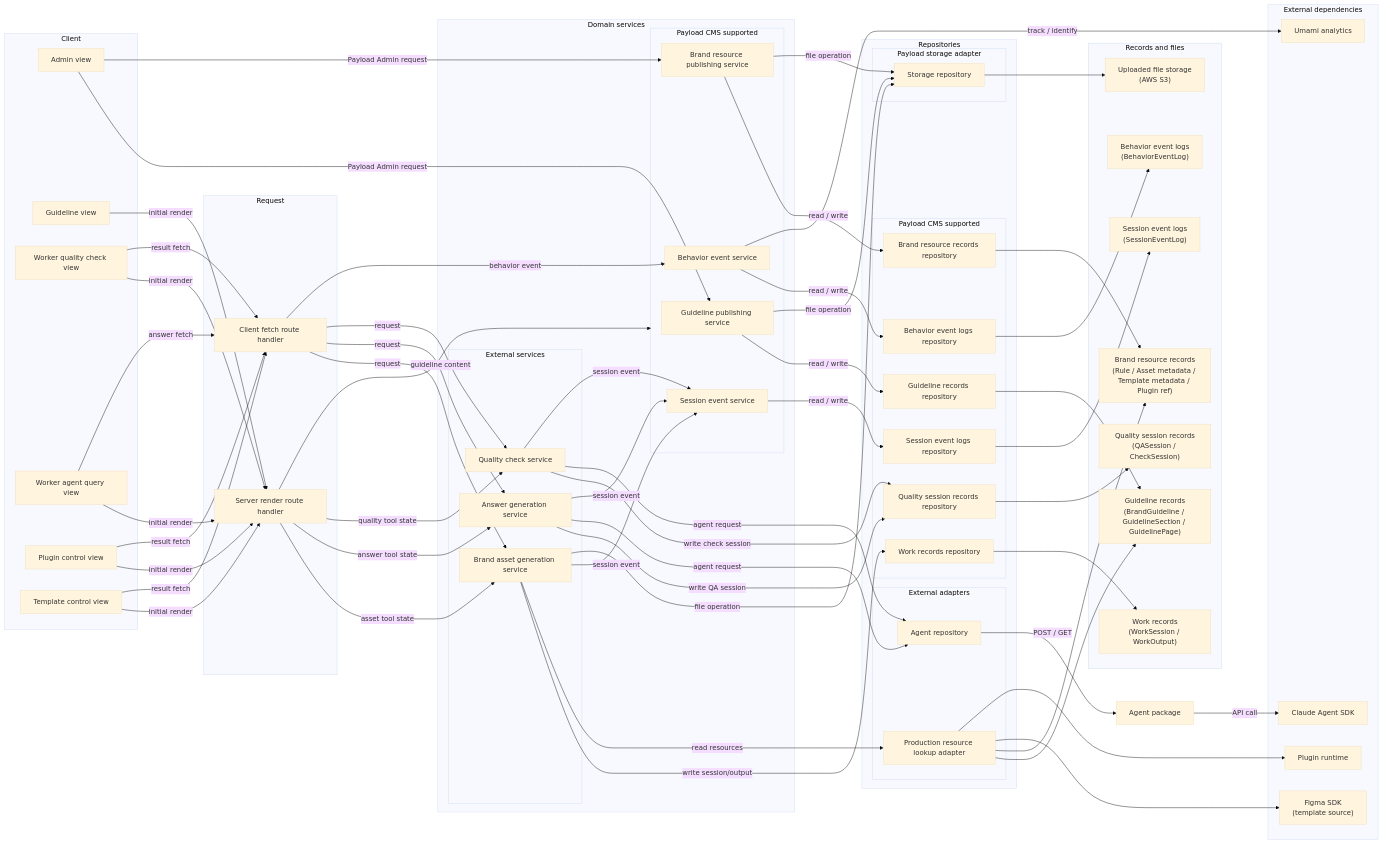
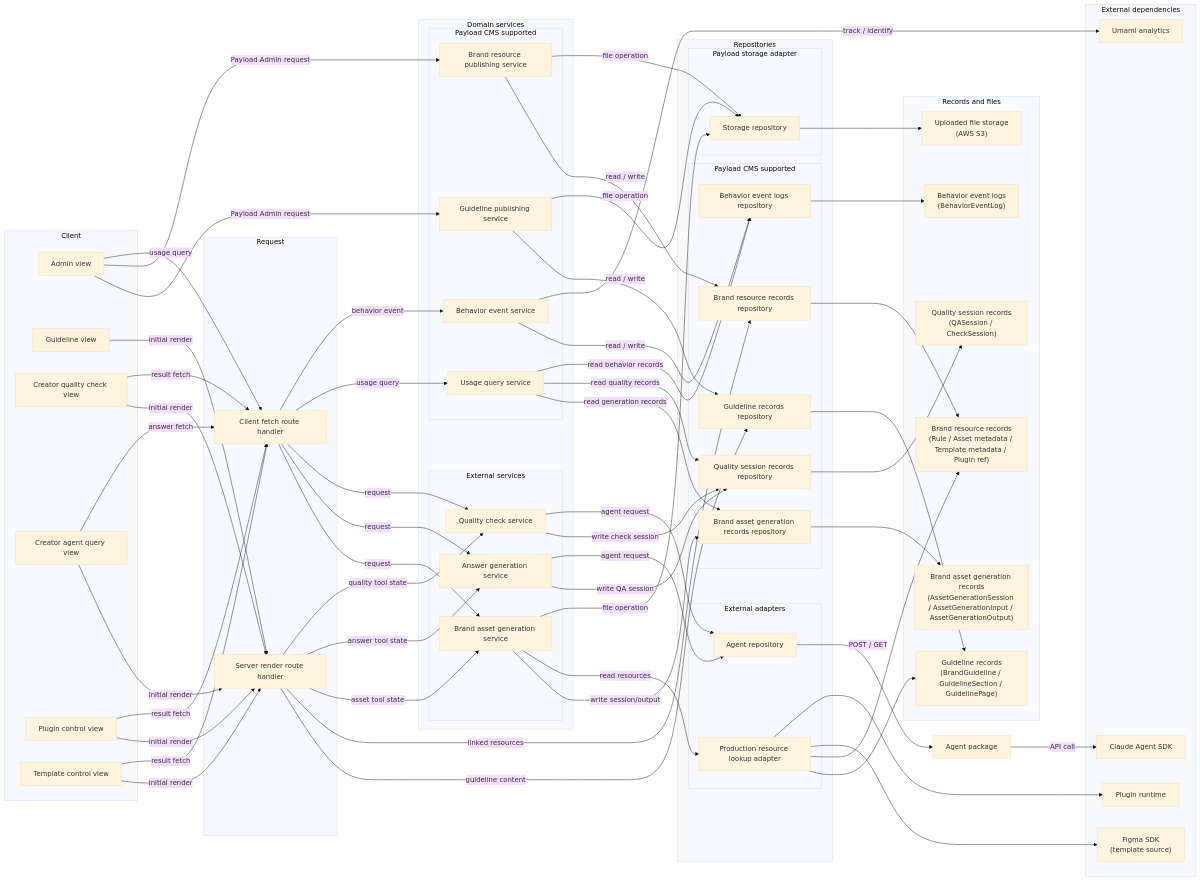
Before and after one commit to ewoooo/living-brand-system: the first of 8 diagrams in docs/05-system-architecture.md, drawn with Mermaid (base theme). The commit also changed other lines of this file and 22 other files, not shown here.

````diff
--- a/docs/05-system-architecture.md
+++ b/docs/05-system-architecture.md
@@ -61,8 +106,8 @@
   subgraph Client["Client"]
     AdminUI["Admin view"]
     GuidelineUI["Guideline view"]
-    QualityCheckUI["Worker quality check view"]
-    AgentQueryUI["Worker agent query view"]
+    QualityCheckUI["Creator quality check view"]
+    AgentQueryUI["Creator agent query view"]
     PluginControlUI["Plugin control view"]
     TemplateControlUI["Template control view"]
   end
@@ -76,7 +121,7 @@
     subgraph PayloadSupported["Payload CMS supported"]
       GuidelinePublishingModule["Guideline publishing service"]
       BrandResourcePublishingModule["Brand resource publishing service"]
-      SessionEventModule["Session event service"]
+      UsageQueryModule["Usage query service"]
       BehaviorEventModule["Behavior event service"]
     end
 
@@ -91,9 +136,8 @@
     subgraph PayloadRepositories["Payload CMS supported"]
       GuidelineRepository["Guideline records repository"]
       BrandResourceRepository["Brand resource records repository"]
-      ProductionRepository["Work records repository"]
+      BrandAssetGenerationRepository["Brand asset generation records repository"]
       QualityRepository["Quality session records repository"]
-      SessionEventRepository["Session event logs repository"]
       BehaviorEventRepository["Behavior event logs repository"]
     end
 
@@ -112,9 +156,8 @@
   subgraph Storage["Records and files"]
     GuidelineStore["Guideline records<br/>(BrandGuideline / GuidelineSection / GuidelinePage)"]
     BrandResourceStore["Brand resource records<br/>(Rule / Asset metadata / Template metadata / Plugin ref)"]
-    ProductionStore["Work records<br/>(WorkSession / WorkOutput)"]
+    BrandAssetGenerationStore["Brand asset generation records<br/>(AssetGenerationSession / AssetGenerationInput / AssetGenerationOutput)"]
     QualityStore["Quality session records<br/>(QASession / CheckSession)"]
-    SessionEventStore["Session event logs<br/>(SessionEventLog)"]
     BehaviorEventStore["Behavior event logs<br/>(BehaviorEventLog)"]
     FileStorage["Uploaded file storage<br/>(AWS S3)"]
   end
@@ -138,7 +181,9 @@
   AgentQueryUI -->|"answer fetch"| ClientFetchRouteHandler
   PluginControlUI -->|"result fetch"| ClientFetchRouteHandler
   TemplateControlUI -->|"result fetch"| ClientFetchRouteHandler
-  ServerRenderRouteHandler -->|"guideline content"| PayloadSupported
+  AdminUI -->|"usage query"| ClientFetchRouteHandler
+  ServerRenderRouteHandler -->|"guideline content"| GuidelineRepository
+  ServerRenderRouteHandler -->|"linked resources"| BrandResourceRepository
   ServerRenderRouteHandler -->|"asset tool state"| BrandAssetGenerationModule
   ServerRenderRouteHandler -->|"answer tool state"| AnswerGenerationModule
   ServerRenderRouteHandler -->|"quality tool state"| QualityModule
@@ -147,17 +192,17 @@
   ClientFetchRouteHandler -->|"request"| QualityModule
   GuidelinePublishingModule -->|"read / write"| GuidelineRepository
   BrandResourcePublishingModule -->|"read / write"| BrandResourceRepository
-  BrandAssetGenerationModule -->|"write session/output"| ProductionRepository
+  BrandAssetGenerationModule -->|"write session/output"| BrandAssetGenerationRepository
   BrandAssetGenerationModule -->|"read resources"| ProductionResourceRepository
   AnswerGenerationModule -->|"write QA session"| QualityRepository
   AnswerGenerationModule -->|"agent request"| AgentRepository
   QualityModule -->|"write check session"| QualityRepository
   QualityModule -->|"agent request"| AgentRepository
-  SessionEventModule -->|"read / write"| SessionEventRepository
+  UsageQueryModule -->|"read generation records"| BrandAssetGenerationRepository
+  UsageQueryModule -->|"read quality records"| QualityRepository
+  UsageQueryModule -->|"read behavior records"| BehaviorEventRepository
   BehaviorEventModule -->|"read / write"| BehaviorEventRepository
-  BrandAssetGenerationModule -->|"session event"| SessionEventModule
-  AnswerGenerationModule -->|"session event"| SessionEventModule
-  QualityModule -->|"session event"| SessionEventModule
+  ClientFetchRouteHandler -->|"usage query"| UsageQueryModule
   ClientFetchRouteHandler -->|"behavior event"| BehaviorEventModule
   BehaviorEventModule -->|"track / identify"| UmamiAnalytics
   GuidelinePublishingModule -->|"file operation"| StorageRepository
@@ -173,9 +218,8 @@
   ProductionResourceRepository --> PluginStorage
   GuidelineRepository --> GuidelineStore
   BrandResourceRepository --> BrandResourceStore
-  ProductionRepository --> ProductionStore
+  BrandAssetGenerationRepository --> BrandAssetGenerationStore
   QualityRepository --> QualityStore
-  SessionEventRepository --> SessionEventStore
   BehaviorEventRepository --> BehaviorEventStore
   StorageRepository --> FileStorage
 ```
````
